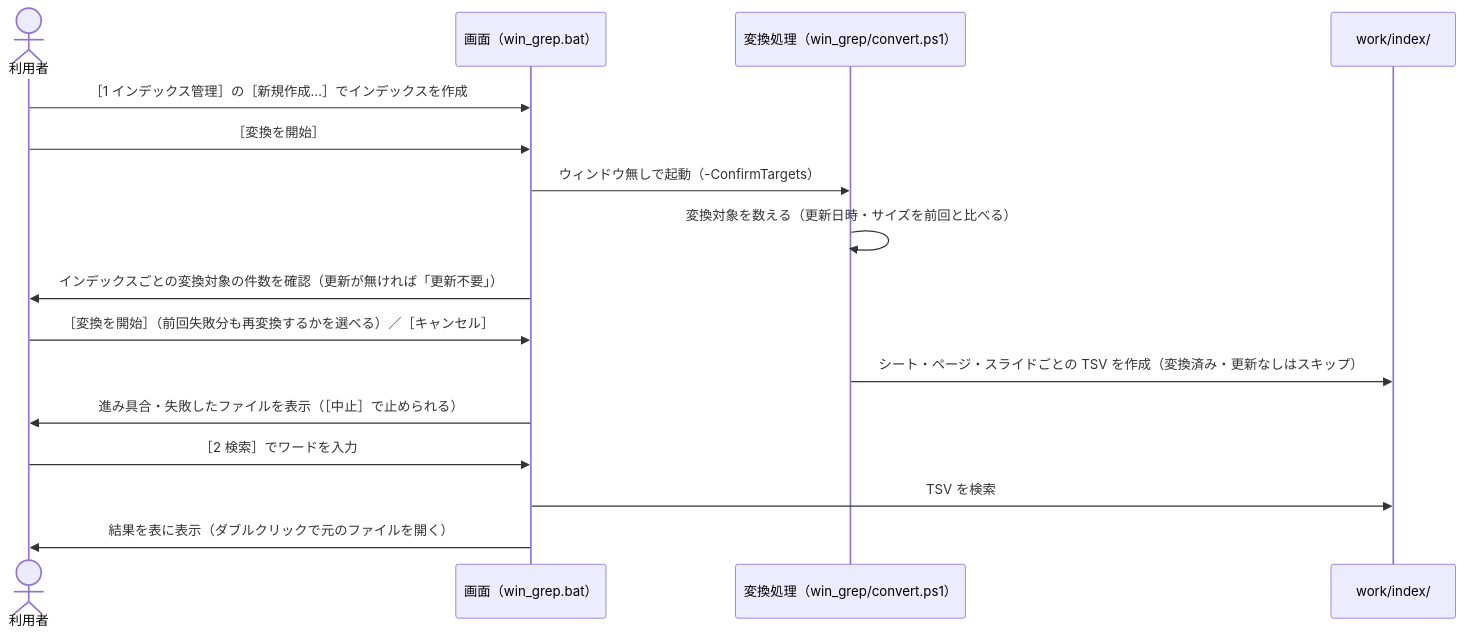
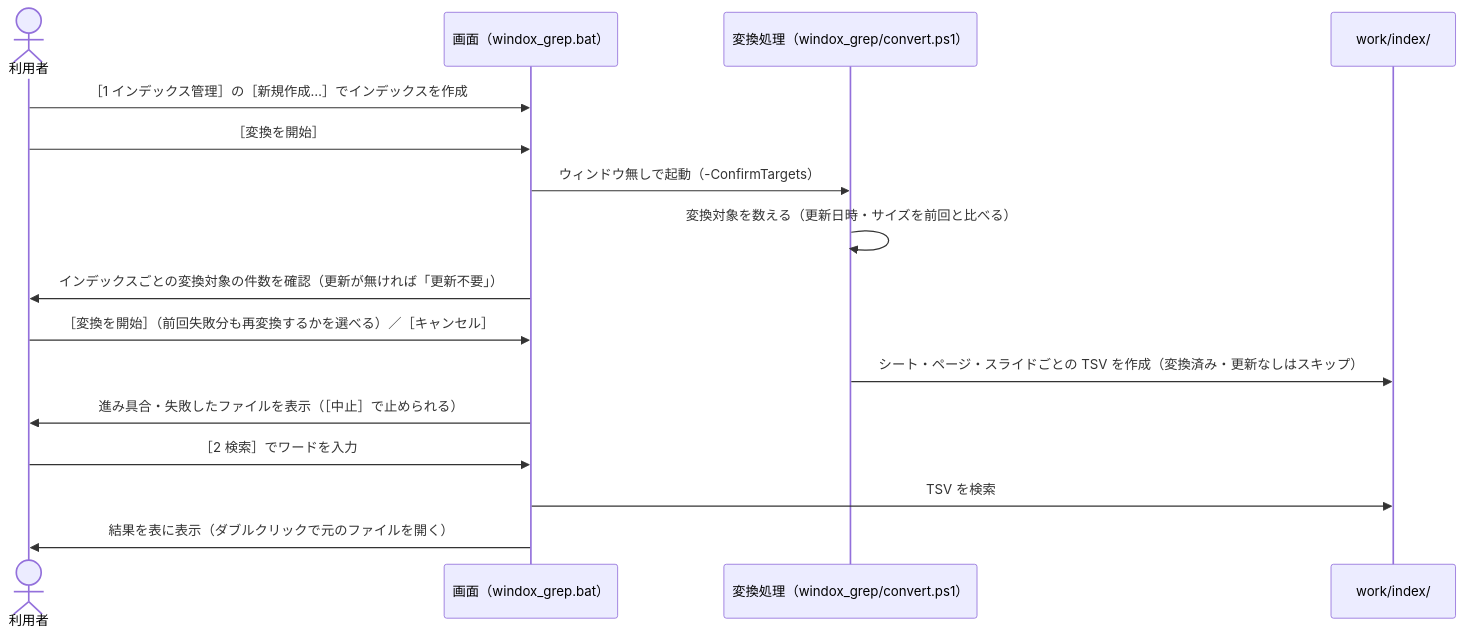
The second of 2 diagrams in docs/00_index.md (hsgwa/tebunko), drawn with Mermaid before and after one commit. The commit also changed other lines of this file and 108 other files, not shown here.

First line of the commit message:
リポジトリ名を windox にし、ツール名を windox_grep へ改める

````diff
--- a/docs/00_index.md
+++ b/docs/00_index.md
@@ -147,19 +147,19 @@
 ```mermaid
 sequenceDiagram
     actor U as 利用者
-    participant G as 画面（win_grep.bat）
-    participant CV as 変換処理（win_grep/convert.ps1）
+    participant G as 画面（windox_grep.bat）
+    participant CV as 変換処理（windox_grep/convert.ps1）
     participant W as work/index/
 
     U->>G: ［1 インデックス管理］の［新規作成…］でインデックスを作成
     U->>G: ［変換を開始］
     G->>CV: ウィンドウ無しで起動（-ConfirmTargets）
     CV->>CV: 変換対象を数える（更新日時・サイズを前回と比べる）
     G->>U: インデックスごとの変換対象の件数を確認（更新が無ければ「更新不要」）
     U->>G: ［変換を開始］（前回失敗分も再変換するかを選べる）／［キャンセル］
     CV->>W: シート・ページ・スライドごとの TSV を作成（変換済み・更新なしはスキップ）
     G->>U: 進み具合・失敗したファイルを表示（［中止］で止められる）
     U->>G: ［2 検索］でワードを入力
     G->>W: TSV を検索
     G->>U: 結果を表に表示（ダブルクリックで元のファイルを開く）
 ```
````
